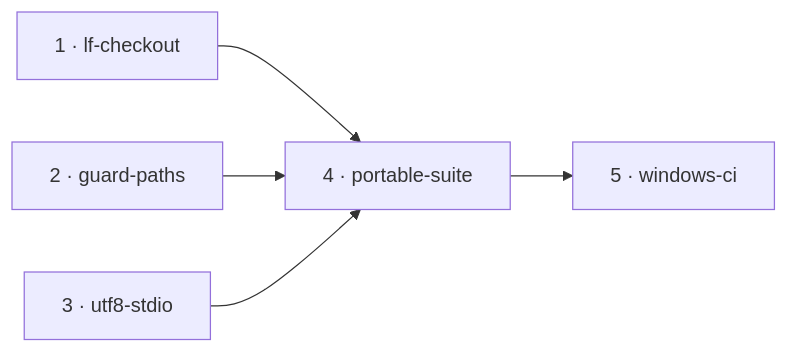
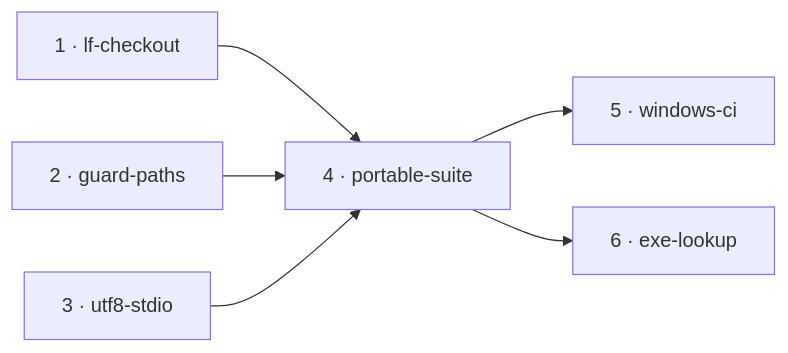
Before and after one commit to dzaffren/claude-plugin: the second of 2 diagrams in docs/specs/os-agnostic-suite/shape.md, drawn with Mermaid. The commit also changed other lines of this file and 1 other file, not shown here.

Commit message:
docs(spec): add portable-suite spec
Spec for slice 4 of os-agnostic-suite: the suite passes on Windows
Git Bash, proven by a Windows workflow on branch pushes. The shape gains
slice 6, exe-lookup, raised at pause 3 (O7).

````diff
--- a/docs/specs/os-agnostic-suite/shape.md
+++ b/docs/specs/os-agnostic-suite/shape.md
@@ -36,7 +36,8 @@
 ```mermaid
 flowchart LR
     S1["1 · lf-checkout"] --> S4["4 · portable-suite"]
     S2["2 · guard-paths"] --> S4
     S3["3 · utf8-stdio"] --> S4
     S4 --> S5["5 · windows-ci"]
+    S4 --> S6["6 · exe-lookup"]
 ```
````
